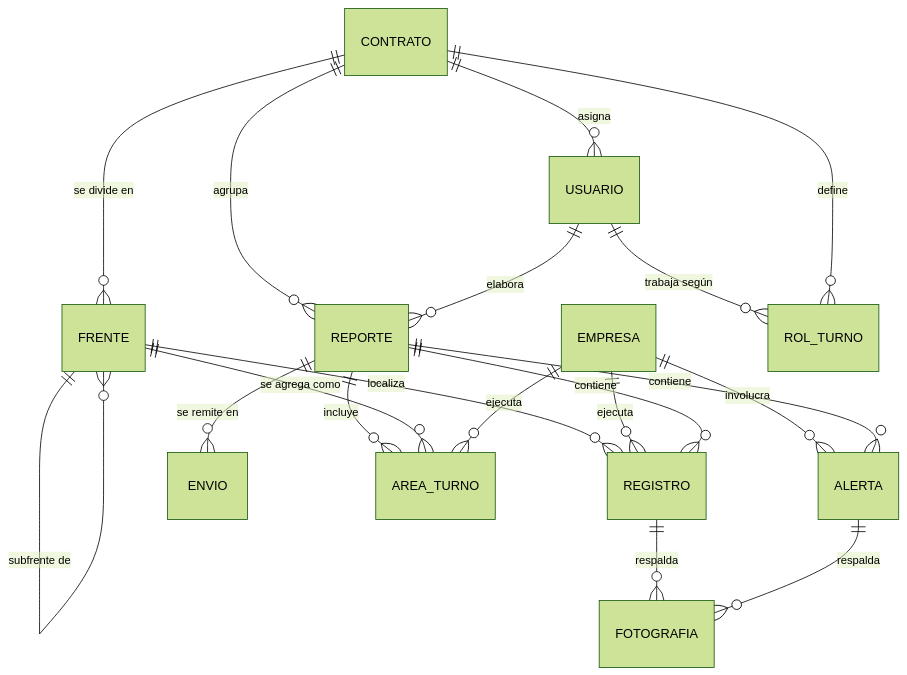
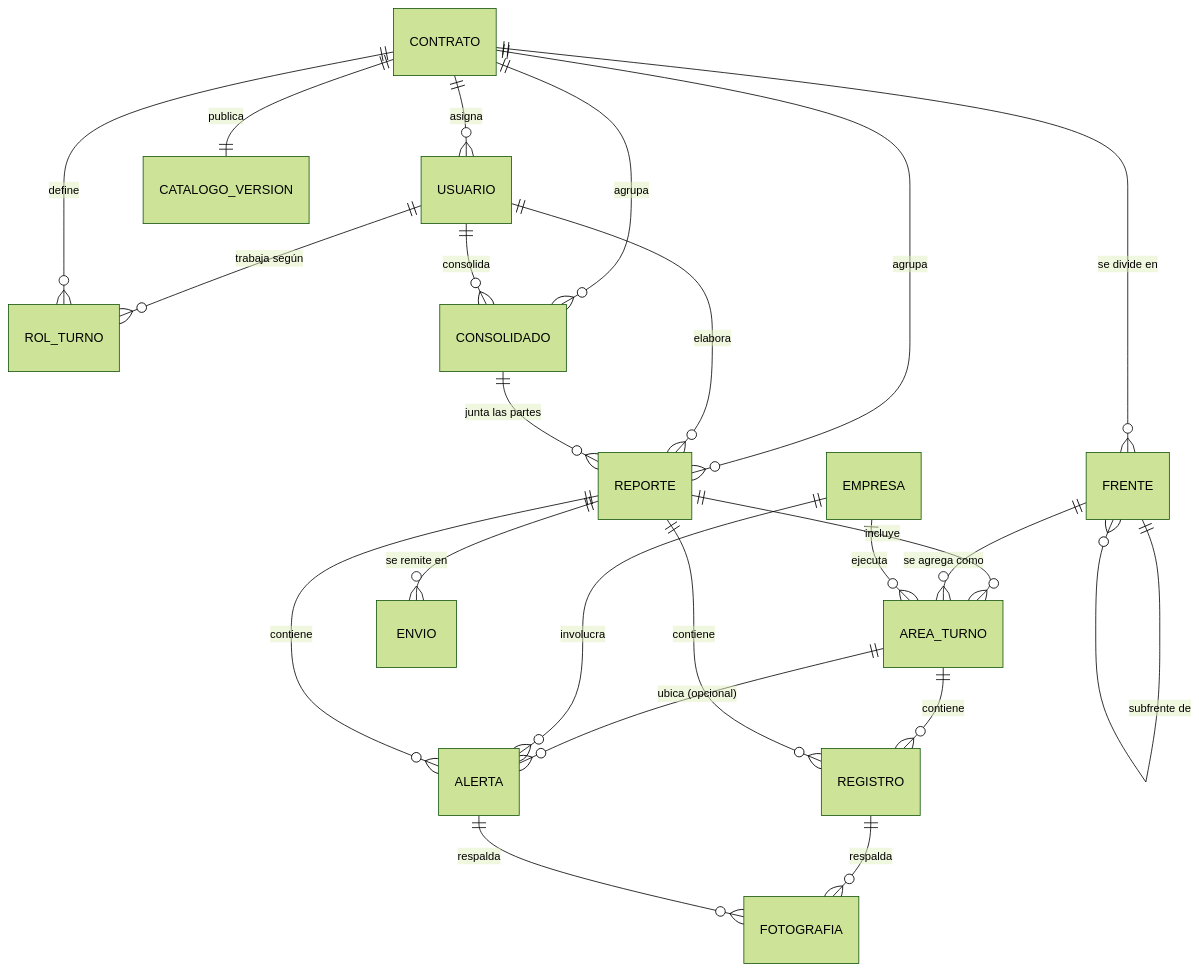
Before and after one commit to Bitacora-ITO/bitacora-ito: the diagram in docs/01-estructura-datos.md, drawn with Mermaid (forest theme). The commit also changed other lines of this file and 8 other files, not shown here.

````diff
--- a/docs/01-estructura-datos.md
+++ b/docs/01-estructura-datos.md
@@ -36,21 +39,25 @@
 ```mermaid
 erDiagram
     CONTRATO ||--o{ FRENTE : "se divide en"
     CONTRATO ||--o{ REPORTE : "agrupa"
     CONTRATO ||--o{ USUARIO : "asigna"
     FRENTE ||--o{ FRENTE : "subfrente de"
-    FRENTE ||--o{ REGISTRO : "localiza"
-    EMPRESA ||--o{ REGISTRO : "ejecuta"
+    AREA_TURNO ||--o{ REGISTRO : "contiene"
+    AREA_TURNO ||--o{ ALERTA : "ubica (opcional)"
     EMPRESA ||--o{ ALERTA : "involucra"
     REPORTE ||--o{ REGISTRO : "contiene"
     REPORTE ||--o{ ALERTA : "contiene"
     REPORTE ||--o{ ENVIO : "se remite en"
     USUARIO ||--o{ REPORTE : "elabora"
     REPORTE ||--o{ AREA_TURNO : "incluye"
     FRENTE ||--o{ AREA_TURNO : "se agrega como"
     EMPRESA ||--o{ AREA_TURNO : "ejecuta"
     USUARIO ||--o{ ROL_TURNO : "trabaja según"
     CONTRATO ||--o{ ROL_TURNO : "define"
     REGISTRO ||--o{ FOTOGRAFIA : "respalda"
     ALERTA ||--o{ FOTOGRAFIA : "respalda"
+    CONTRATO ||--o{ CONSOLIDADO : "agrupa"
+    CONSOLIDADO ||--o{ REPORTE : "junta las partes"
+    USUARIO ||--o{ CONSOLIDADO : "consolida"
+    CONTRATO ||--|| CATALOGO_VERSION : "publica"
 ```
````
